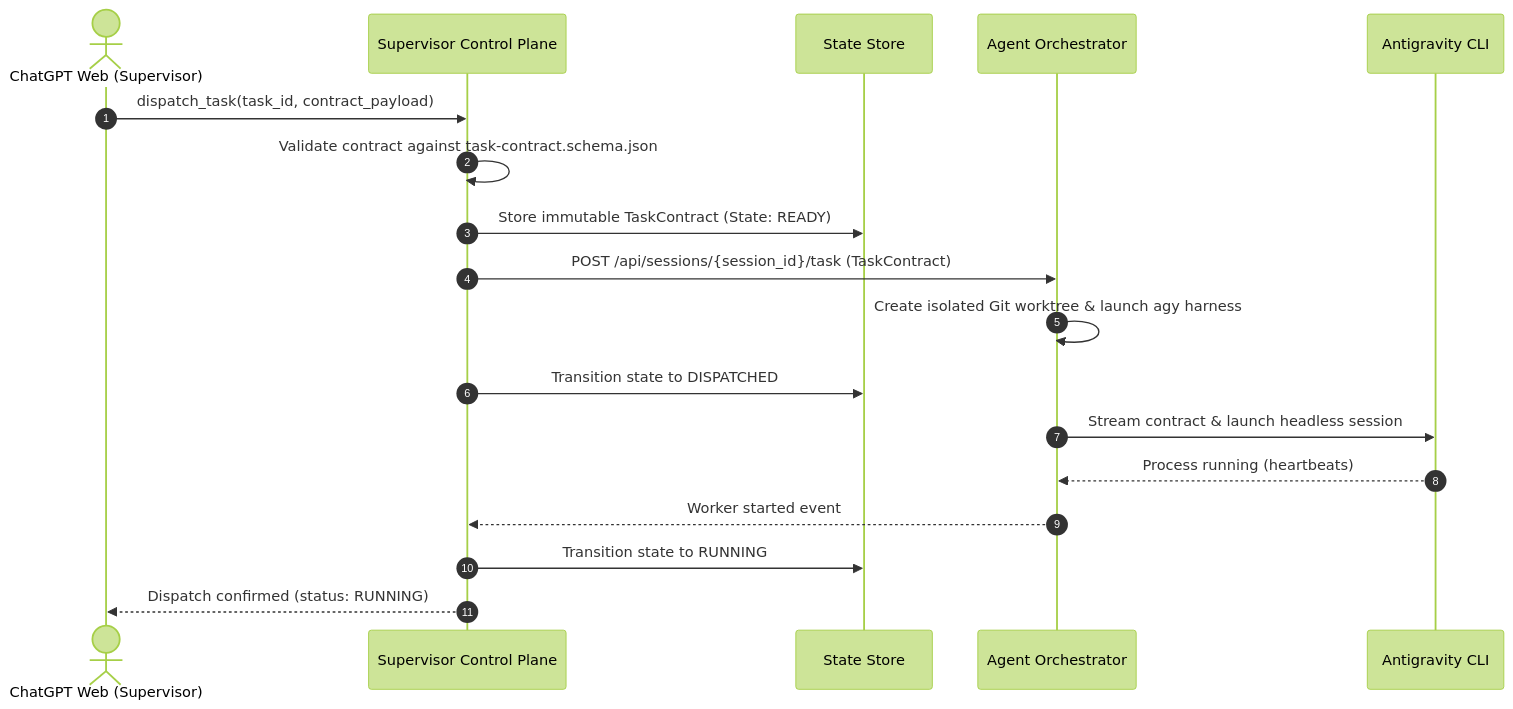
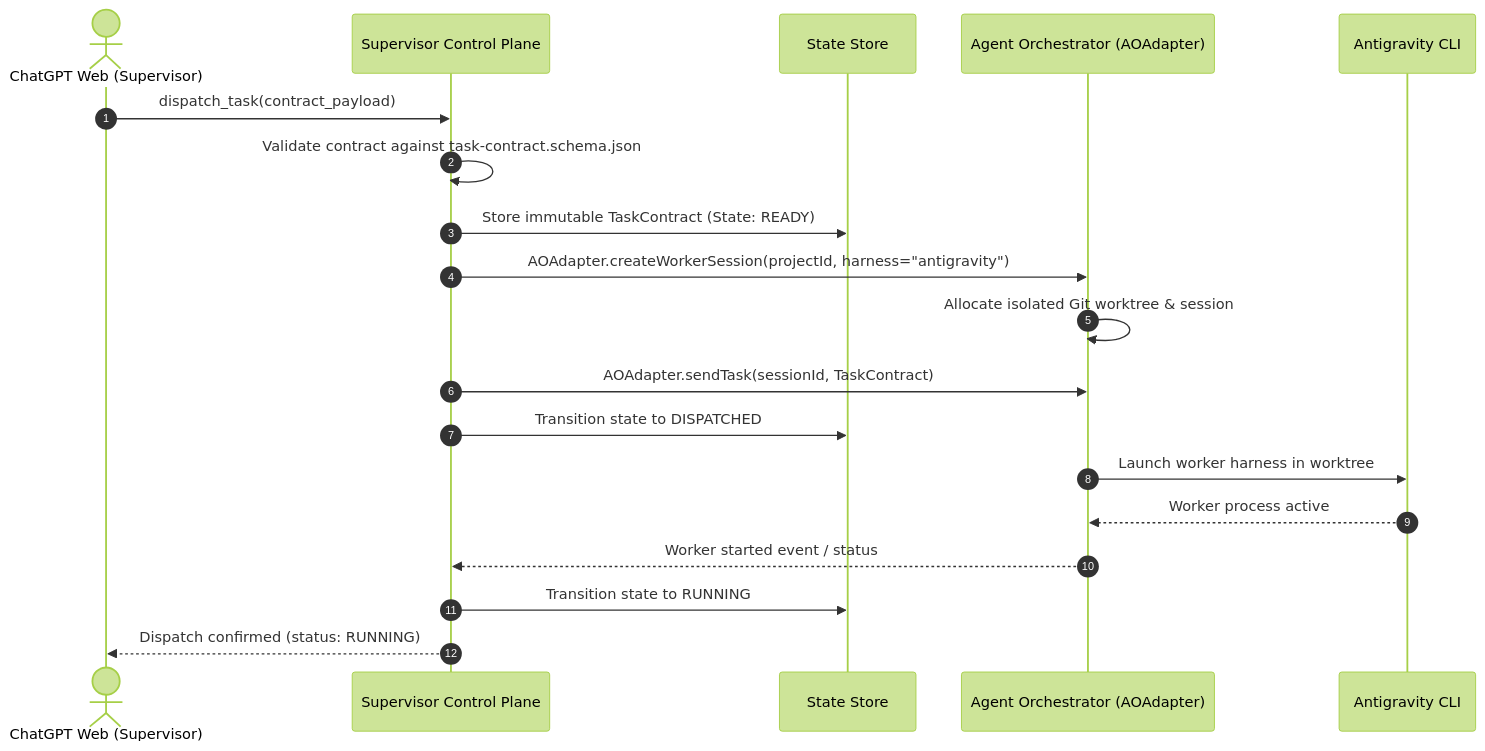
One commit to trungqwe/ai-supervisor changed the first of 2 diagrams in docs/04_ARCHITECTURE.md. Above: the diagram before and after it, drawn with Mermaid (forest theme). The commit also changed other lines of this file and 10 other files, not shown here.

Commit message:
docs: reconcile architecture with verified upstream boundaries

````diff
--- a/docs/04_ARCHITECTURE.md
+++ b/docs/04_ARCHITECTURE.md
@@ -60,21 +60,22 @@
 ```mermaid
 sequenceDiagram
     autonumber
     actor ChatGPT as ChatGPT Web (Supervisor)
     participant SCP as Supervisor Control Plane
     participant DB as State Store
-    participant AO as Agent Orchestrator
+    participant AO as Agent Orchestrator (AOAdapter)
     participant Agy as Antigravity CLI
 
-    ChatGPT->>SCP: dispatch_task(task_id, contract_payload)
+    ChatGPT->>SCP: dispatch_task(contract_payload)
     SCP->>SCP: Validate contract against task-contract.schema.json
     SCP->>DB: Store immutable TaskContract (State: READY)
-    SCP->>AO: POST /api/sessions/{session_id}/task (TaskContract)
-    AO->>AO: Create isolated Git worktree & launch agy harness
+    SCP->>AO: AOAdapter.createWorkerSession(projectId, harness="antigravity")
+    AO->>AO: Allocate isolated Git worktree & session
+    SCP->>AO: AOAdapter.sendTask(sessionId, TaskContract)
     SCP->>DB: Transition state to DISPATCHED
-    AO->>Agy: Stream contract & launch headless session
-    Agy-->>AO: Process running (heartbeats)
-    AO-->>SCP: Worker started event
+    AO->>Agy: Launch worker harness in worktree
+    Agy-->>AO: Worker process active
+    AO-->>SCP: Worker started event / status
     SCP->>DB: Transition state to RUNNING
     SCP-->>ChatGPT: Dispatch confirmed (status: RUNNING)
 ```
````
